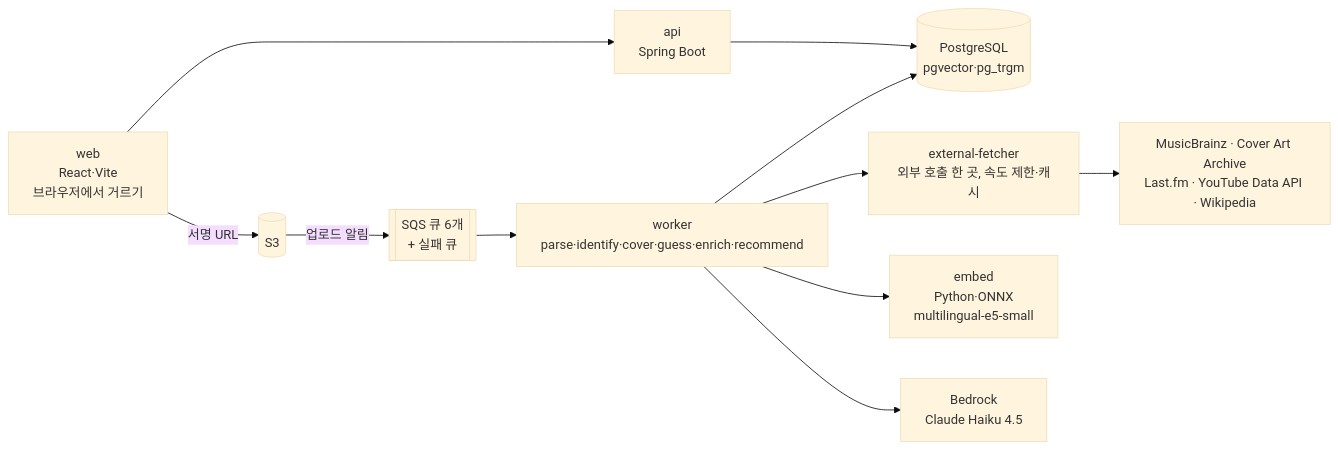
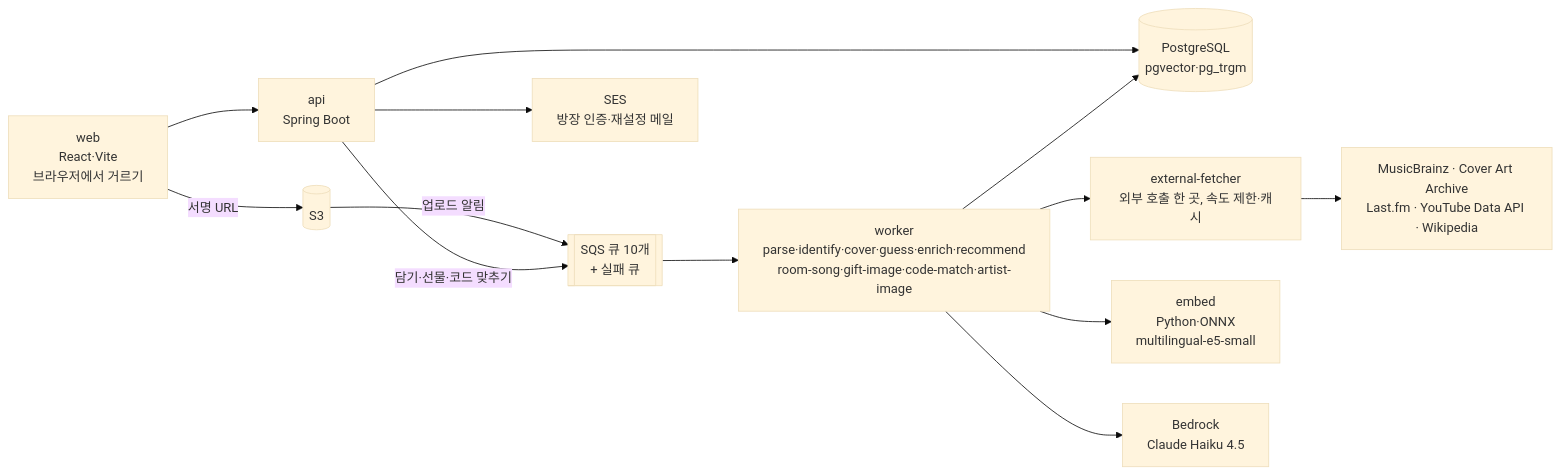
The diagram in README.md (SANGWOO-JOO/gyeol), drawn with Mermaid (base theme) before and after one commit. The commit also changed other lines of this file and 1 other file, not shown here.

````diff
--- a/README.md
+++ b/README.md
@@ -28,13 +38,15 @@
 ```mermaid
 flowchart LR
   web[web<br/>React·Vite<br/>브라우저에서 거르기] -->|서명 URL| s3[(S3)]
   web --> api[api<br/>Spring Boot]
-  s3 -->|업로드 알림| sqs[[SQS 큐 6개<br/>+ 실패 큐]]
-  sqs --> worker[worker<br/>parse·identify·cover·guess·enrich·recommend]
+  s3 -->|업로드 알림| sqs[[SQS 큐 10개<br/>+ 실패 큐]]
+  api -->|담기·선물·코드 맞추기| sqs
+  api --> ses[SES<br/>방장 인증·재설정 메일]
+  sqs --> worker[worker<br/>parse·identify·cover·guess·enrich·recommend<br/>room-song·gift-image·code-match·artist-image]
   api --> db[(PostgreSQL<br/>pgvector·pg_trgm)]
   worker --> db
   worker --> fetcher[external-fetcher<br/>외부 호출 한 곳, 속도 제한·캐시]
   worker --> embed[embed<br/>Python·ONNX<br/>multilingual-e5-small]
   worker --> bedrock[Bedrock<br/>Claude Haiku 4.5]
   fetcher --> ext[MusicBrainz · Cover Art Archive<br/>Last.fm · YouTube Data API · Wikipedia]
 ```
````
